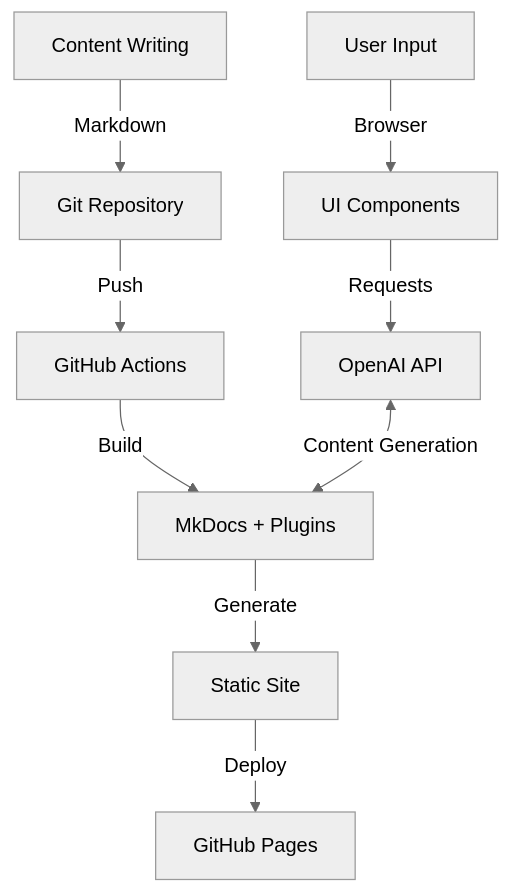
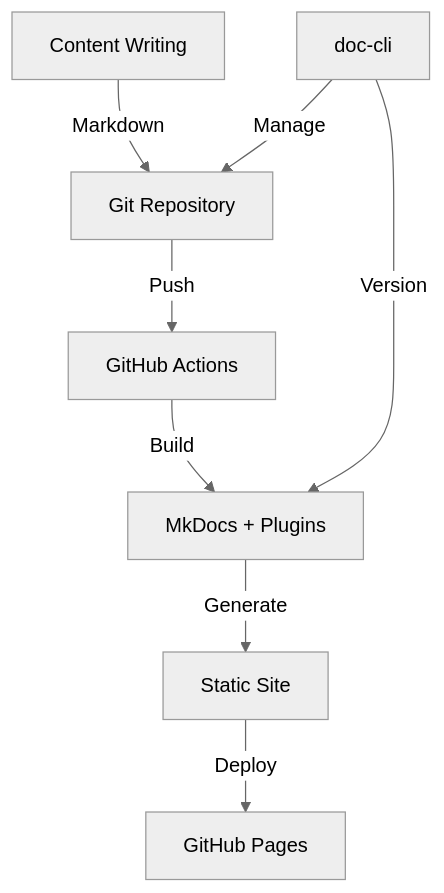
Before and after one commit to BA-CalderonMorales/my-life-as-a-dev: the diagram in docs/docs-as-code/index.md, drawn with Mermaid (neutral theme). The commit also changed other lines of this file and 5 other files, not shown here.

````diff
--- a/docs/docs-as-code/index.md
+++ b/docs/docs-as-code/index.md
@@ -47,11 +59,10 @@
 ```mermaid
 graph TD
     A[Content Writing] -->|Markdown| B[Git Repository]
     B -->|Push| C[GitHub Actions]
     C -->|Build| D[MkDocs + Plugins]
     D -->|Generate| E[Static Site]
     E -->|Deploy| F[GitHub Pages]
-    G[OpenAI API] <-->|Content Generation| D
-    H[User Input] -->|Browser| I[UI Components]
-    I -->|Requests| G
+    G[doc-cli] -->|Manage| B
+    G -->|Version| D
 ```
````
